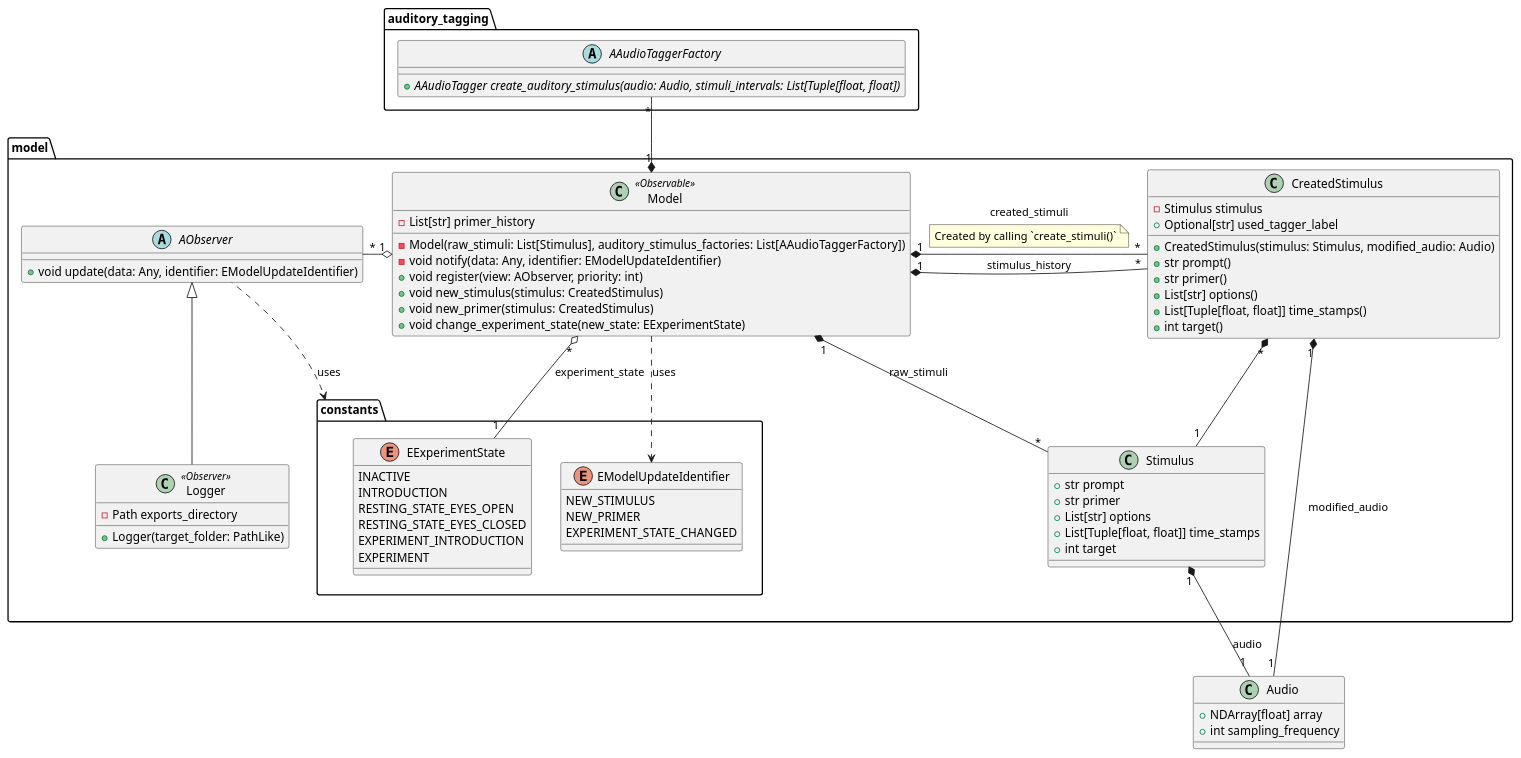
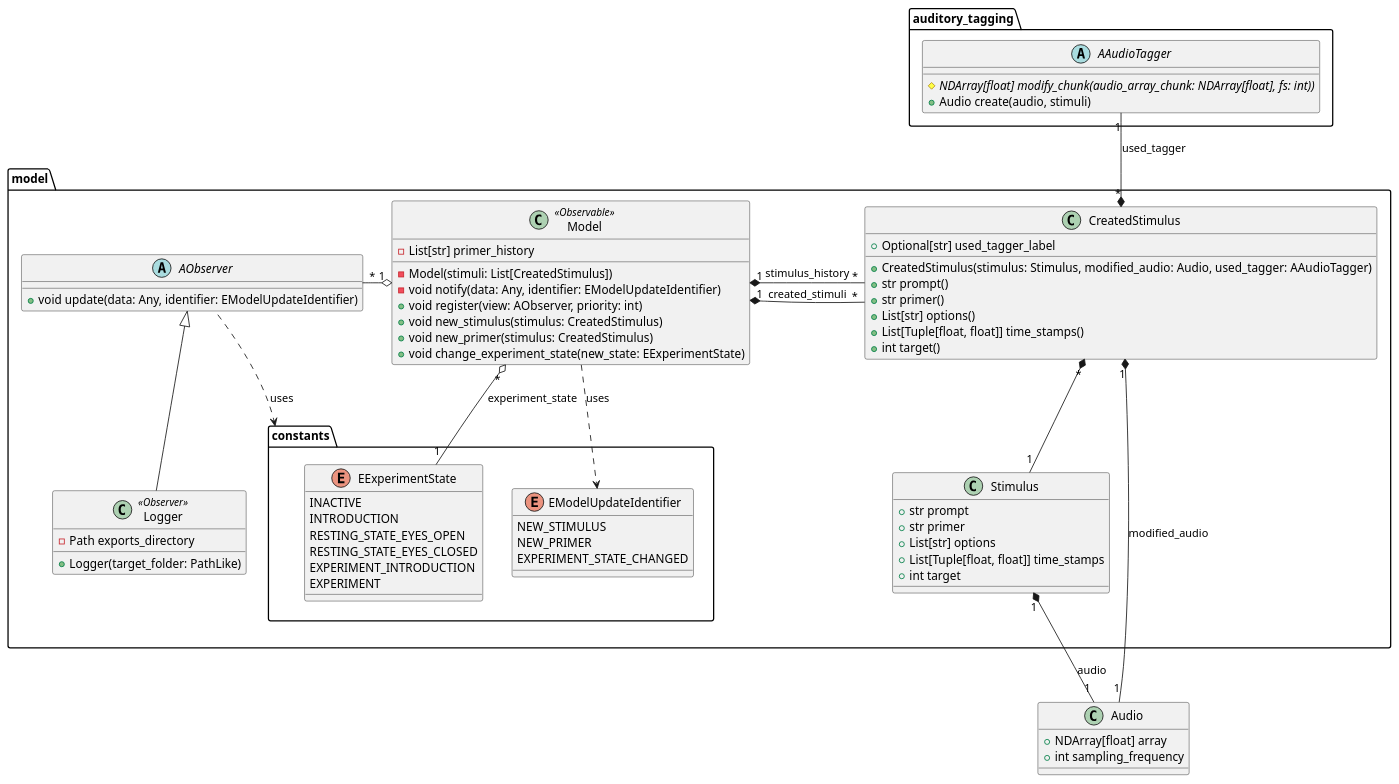
One commit to michalrzak/auditory-intention-decoding changed the diagram in diagrams/plantuml/class/model_class.puml. Above: the diagram before and after it, drawn with PlantUML. The commit also changed 15 other files, not shown here.

```diff
--- a/diagrams/plantuml/class/model_class.puml
+++ b/diagrams/plantuml/class/model_class.puml
@@ -1,90 +1,87 @@
 @startuml
 
 class Audio {
     +NDArray[float] array
     +int sampling_frequency
 }
+
 package auditory_tagging {
-   abstract class AAudioTaggerFactory {
-      +AAudioTagger {abstract} create_auditory_stimulus(audio: Audio, stimuli_intervals: List[Tuple[float, float])
+    abstract class AAudioTagger {
+      #NDArray[float] {abstract} modify_chunk(audio_array_chunk: NDArray[float], fs: int))
+      +Audio create(audio, stimuli)
     }
 }
 
 package model {
     abstract class AObserver {
         +void update(data: Any, identifier: EModelUpdateIdentifier)
     }
 
     class Model <<Observable>>{
         -List[str] primer_history
 
-        -Model(raw_stimuli: List[Stimulus], auditory_stimulus_factories: List[AAudioTaggerFactory])
+        -Model(stimuli: List[CreatedStimulus])
         -void notify(data: Any, identifier: EModelUpdateIdentifier)
         +void register(view: AObserver, priority: int)
         +void new_stimulus(stimulus: CreatedStimulus)
         +void new_primer(stimulus: CreatedStimulus)
         +void change_experiment_state(new_state: EExperimentState)
     }
 
     class Logger<<Observer>> {
         -Path exports_directory
         +Logger(target_folder: PathLike)
     }
     Logger -u-|> AObserver
 
     package constants {
-    enum EExperimentState {
-        INACTIVE
-        INTRODUCTION
-        RESTING_STATE_EYES_OPEN
-        RESTING_STATE_EYES_CLOSED
-        EXPERIMENT_INTRODUCTION
-        EXPERIMENT
-    }
+        enum EExperimentState {
+            INACTIVE
+            INTRODUCTION
+            RESTING_STATE_EYES_OPEN
+            RESTING_STATE_EYES_CLOSED
+            EXPERIMENT_INTRODUCTION
+            EXPERIMENT
+        }
 
-    enum EModelUpdateIdentifier {
-        NEW_STIMULUS
-        NEW_PRIMER
-        EXPERIMENT_STATE_CHANGED
-    }
+        enum EModelUpdateIdentifier {
+            NEW_STIMULUS
+            NEW_PRIMER
+            EXPERIMENT_STATE_CHANGED
+        }
     }
 
     class Stimulus {
         +str prompt
         +str primer
         +List[str] options
         +List[Tuple[float, float]] time_stamps
         +int target
     }
     Stimulus "1" *-- "1" Audio: audio
 
     class CreatedStimulus {
-        -Stimulus stimulus
         +Optional[str] used_tagger_label
 
-        +CreatedStimulus(stimulus: Stimulus, modified_audio: Audio)
+        +CreatedStimulus(stimulus: Stimulus, modified_audio: Audio, used_tagger: AAudioTagger)
         +str prompt()
         +str primer()
         +List[str] options()
         +List[Tuple[float, float]] time_stamps()
         +int target()
     }
     CreatedStimulus "1" *-l- "1" Audio: modified_audio
-
-
+    CreatedStimulus "*" *-u- "1" AAudioTagger: used_tagger
     CreatedStimulus "*" *-- "1" Stimulus
 }
 
 Model "1" *-r- "*" CreatedStimulus: "stimulus_history"
 Model "*" o--- "1" EExperimentState: "experiment_state"
 Model "1" o-l-- "*" AObserver
 Model ..> EModelUpdateIdentifier: "uses"
 
 AObserver .l.> constants: "uses"
 
-Model "1" *-u- "*" AAudioTaggerFactory
-Model "1" *-- "*" Stimulus: raw_stimuli
 Model "1" *-- "*" CreatedStimulus: created_stimuli
-note on link: Created by calling  `create_stimuli()`
 
 @enduml
```
